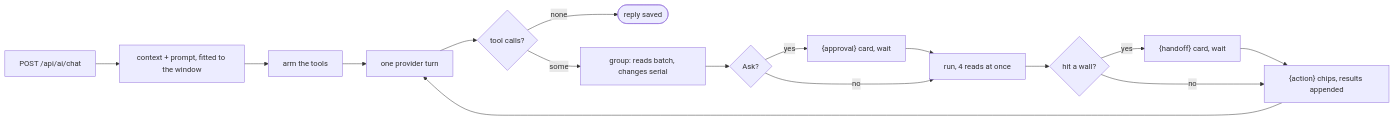
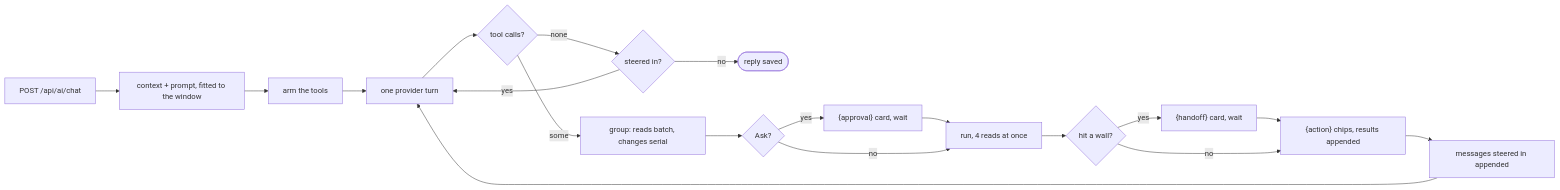
Before and after one commit to tim4431/gamma: the diagram in docs/dev/ai.md, drawn with Mermaid. The commit also changed other lines of this file and 46 other files, not shown here.

````diff
--- a/docs/dev/ai.md
+++ b/docs/dev/ai.md
@@ -1759,15 +1835,17 @@
 ```mermaid
 flowchart LR
   ask["POST /api/ai/chat"] --> build["context + prompt, fitted to the window"]
   build --> arm["arm the tools"] --> turn["one provider turn"]
   turn --> calls{"tool calls?"}
-  calls -- none --> saved(["reply saved"])
+  calls -- none --> steer{"steered in?"}
+  steer -- no --> saved(["reply saved"])
+  steer -- yes --> turn
   calls -- some --> group["group: reads batch, changes serial"]
   group --> gate{"Ask?"}
   gate -- yes --> card["{approval} card, wait"] --> run
   gate -- no --> run["run, 4 reads at once"]
   run --> settle{"hit a wall?"}
   settle -- yes --> hand["{handoff} card, wait"] --> back
   settle -- no --> back["{action} chips, results appended"]
-  back --> turn
+  back --> steered["messages steered in appended"] --> turn
 ```
````
